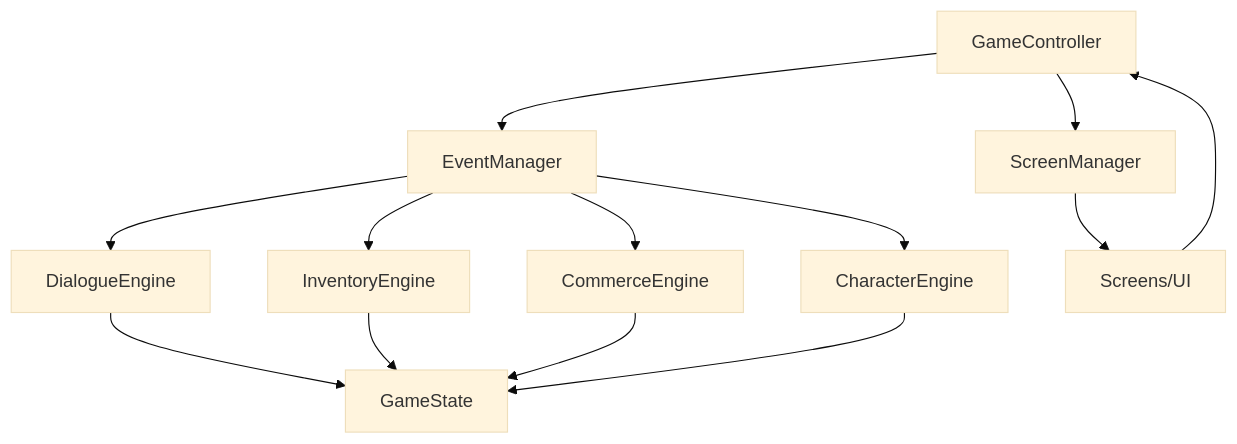
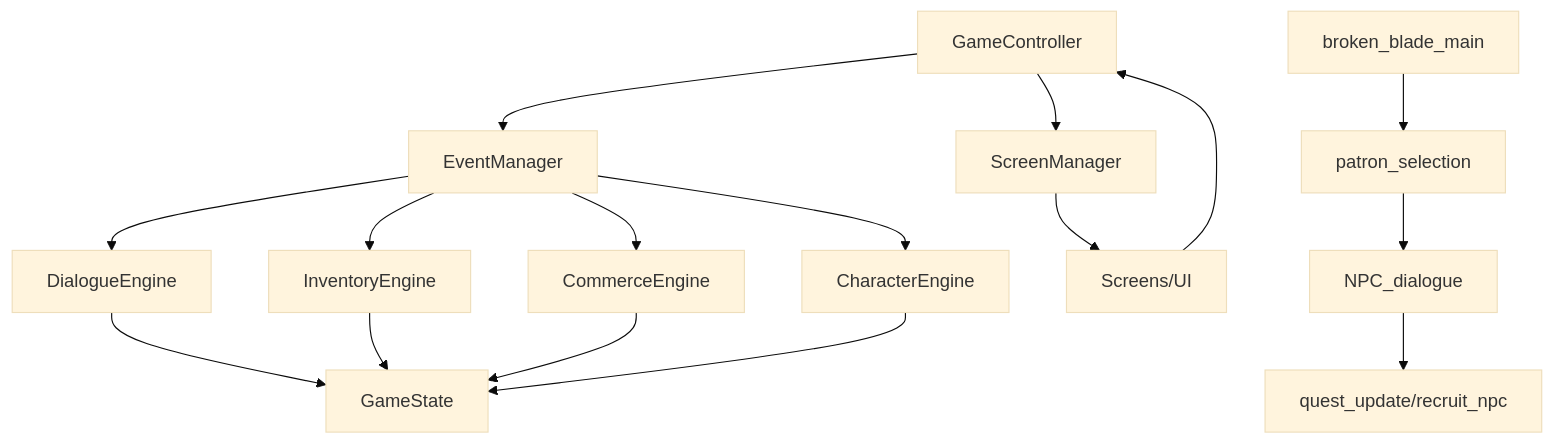
Before and after one commit to roamingmonk/Redstone: the diagram in docs/project_context.md, drawn with Mermaid (base theme). The commit also changed other lines of this file and 3 other files, not shown here.

````diff
--- a/docs/project_context.md
+++ b/docs/project_context.md
@@ -78,12 +85,16 @@
 ```mermaid
 flowchart TD
   A[GameController] --> B[EventManager]
   B --> C[DialogueEngine]
   B --> D[InventoryEngine]
   B --> E[CommerceEngine]
   B --> F[CharacterEngine]
   C & D & E & F --> G[GameState]
   A --> H[ScreenManager]
   H --> I[Screens/UI]
   I --> A
+  
+  J[broken_blade_main] --> K[patron_selection]
+  K --> L[NPC_dialogue]
+  L --> M[quest_update/recruit_npc]
 ```
````
